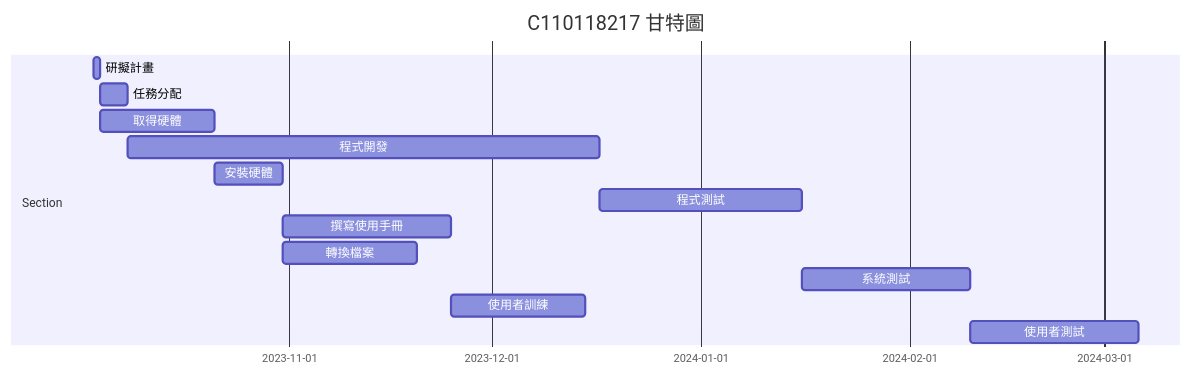
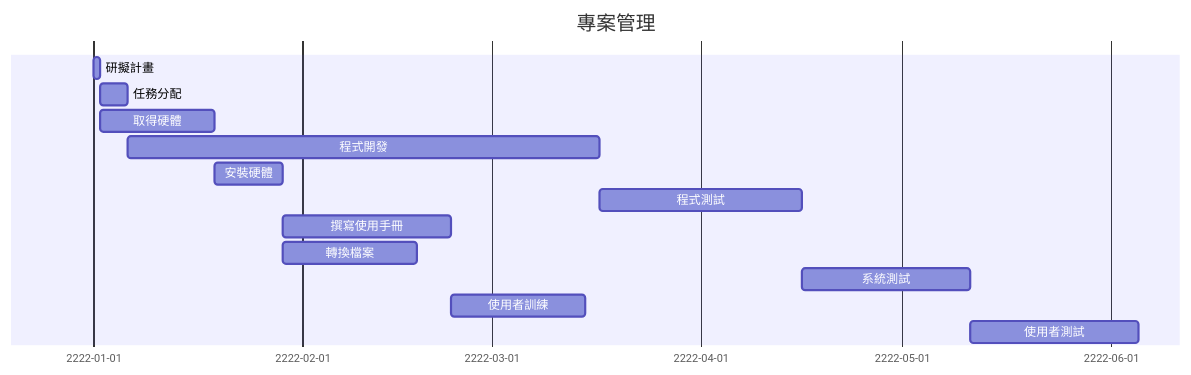
The diagram in hw2.md (nihaodo/C110118217), drawn with Mermaid before and after one commit.

````diff
--- a/hw2.md
+++ b/hw2.md
@@ -4,17 +4,15 @@
 ```mermaid
 gantt
-    title C110118217 甘特圖
-
-    section Section
-    研擬計畫     :a1, 2023-10-03, 1d
-    任務分配     :a2,after a1  , 4d
-    取得硬體  	:a3,after a1  , 17d
-    程式開發   	:a4,after a2, 70d
-    安裝硬體	:a5,after a3,10d
-    程式測試	:a6,after a4,30d
-    撰寫使用手冊	:a7,after a5,25d
-    轉換檔案	:a8,after a5,20d
-    系統測試	:a9,after a6,25d
-    使用者訓練	:a10,after a7 & a8,20d
-    使用者測試	:a11,after a9 & a10,25d    
+    title 專案管理
+    研擬計畫      :a1, 2222-01-01, 1d
+    任務分配      :a2, after a1, 4d
+    取得硬體      :a3, after a1, 17d
+    程式開發      :a4, after a2, 70d
+    安裝硬體      :a5, after a3, 10d
+    程式測試      :a6, after a4, 30d
+    撰寫使用手冊   :a7, after a5, 25d
+    轉換檔案      :a8, after a5, 20d
+    系統測試      :a9, after a6, 25d
+    使用者訓練    :a10, after a7 & a8, 20d
+    使用者測試    :a11, after a9 & a10, 25d
 ```
````
